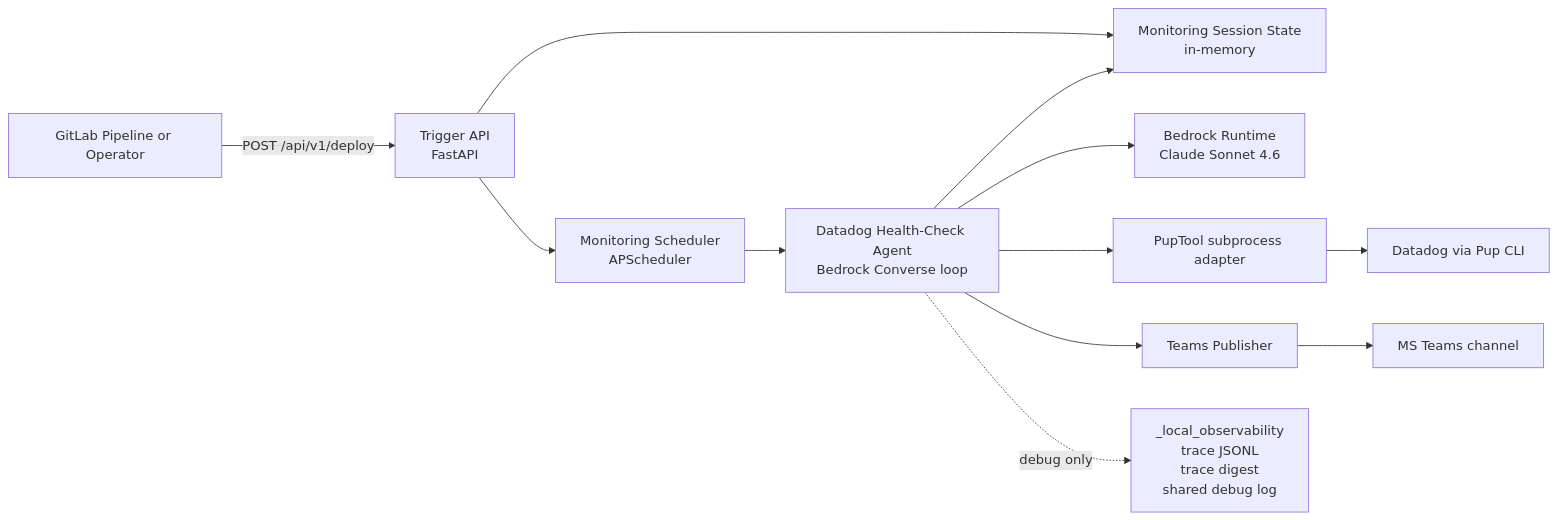
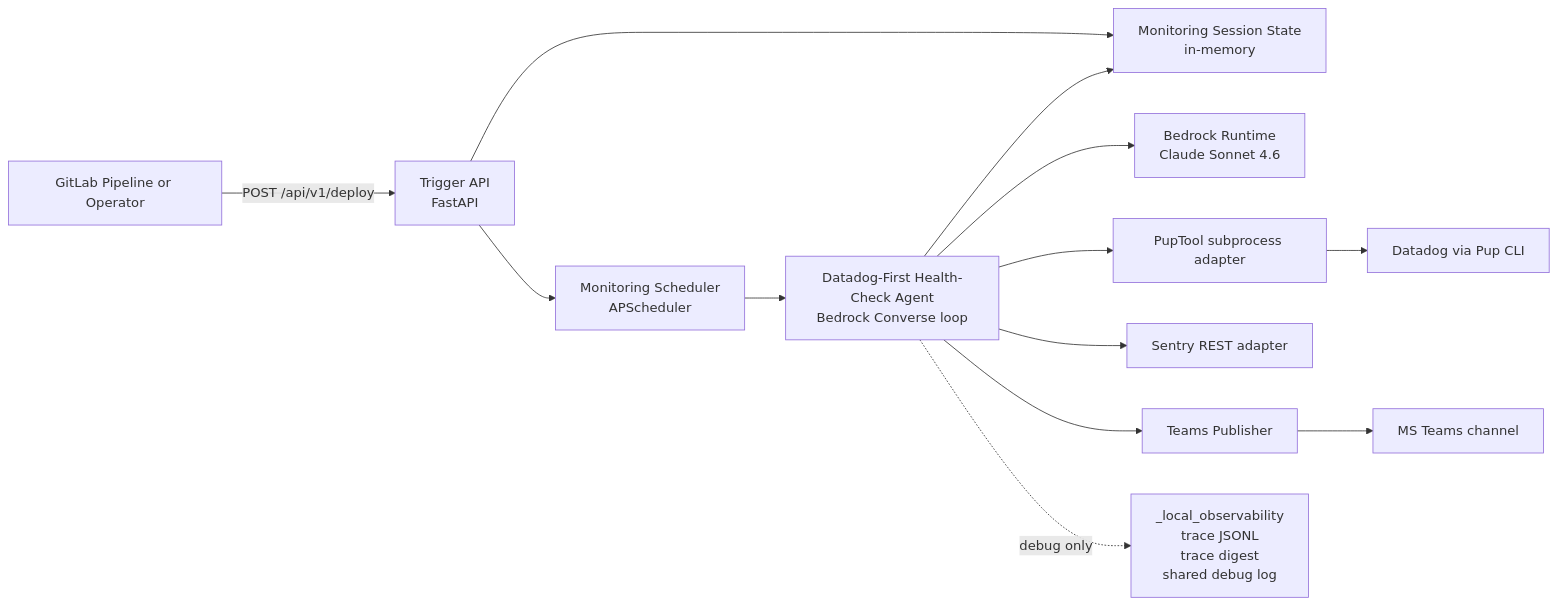
Before and after one commit to elis-salobehaj/ess: the first of 2 diagrams in docs/context/ARCHITECTURE.md, drawn with Mermaid. The commit also changed other lines of this file and 42 other files, not shown here.

````diff
--- a/docs/context/ARCHITECTURE.md
+++ b/docs/context/ARCHITECTURE.md
@@ -26,14 +27,15 @@
 ```mermaid
 flowchart LR
     GL[GitLab Pipeline or Operator] -->|POST /api/v1/deploy| API[Trigger API<br/>FastAPI]
     API --> SCHED[Monitoring Scheduler<br/>APScheduler]
     API --> STATE[Monitoring Session State<br/>in-memory]
-    SCHED --> AGENT[Datadog Health-Check Agent<br/>Bedrock Converse loop]
+    SCHED --> AGENT[Datadog-First Health-Check Agent<br/>Bedrock Converse loop]
     AGENT --> BR[Bedrock Runtime<br/>Claude Sonnet 4.6]
     AGENT --> PUP[PupTool subprocess adapter]
     PUP --> DD[Datadog via Pup CLI]
+    AGENT --> SENTRY[Sentry REST adapter]
     AGENT --> STATE
     AGENT --> TEAMS[Teams Publisher]
     TEAMS --> CH[MS Teams channel]
     AGENT -. debug only .-> OBS[_local_observability<br/>trace JSONL<br/>trace digest<br/>shared debug log]
 ```
````
